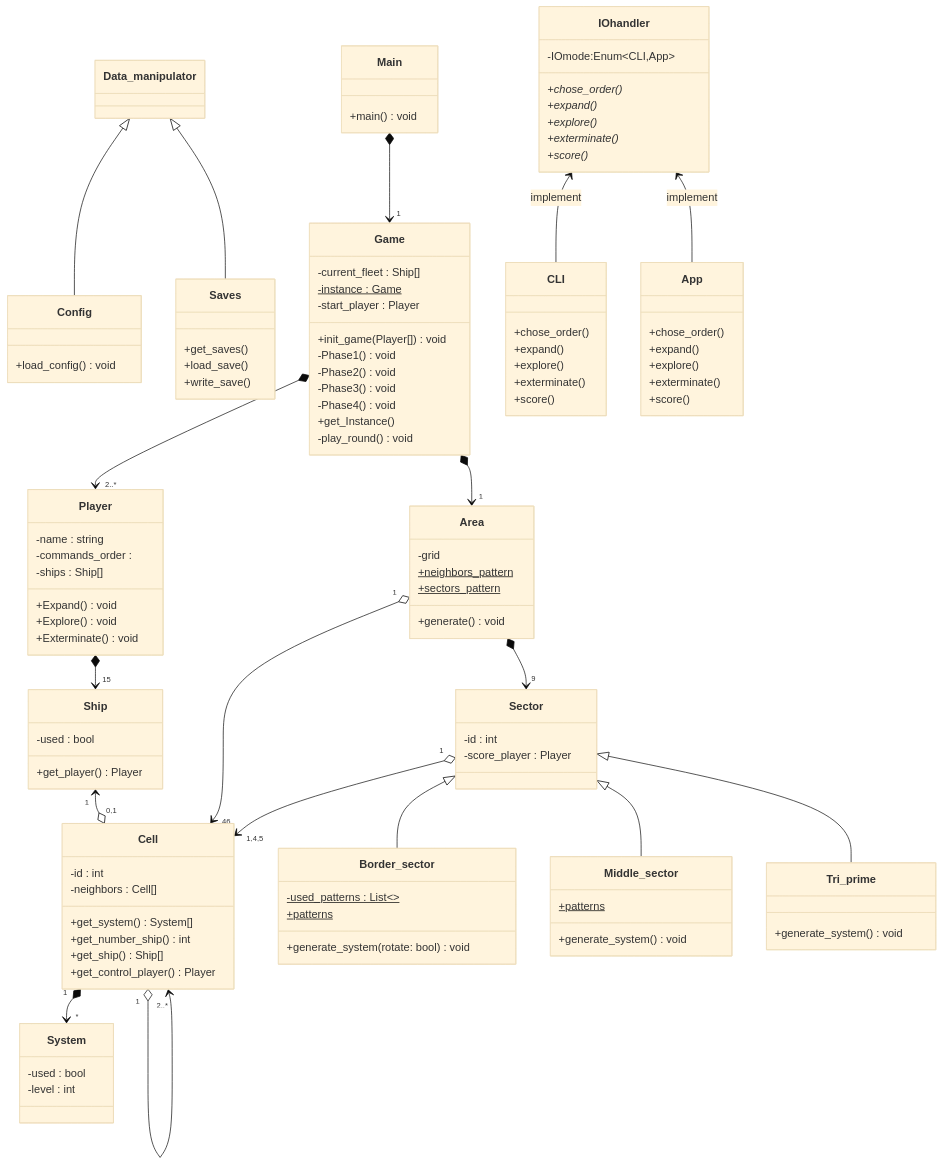
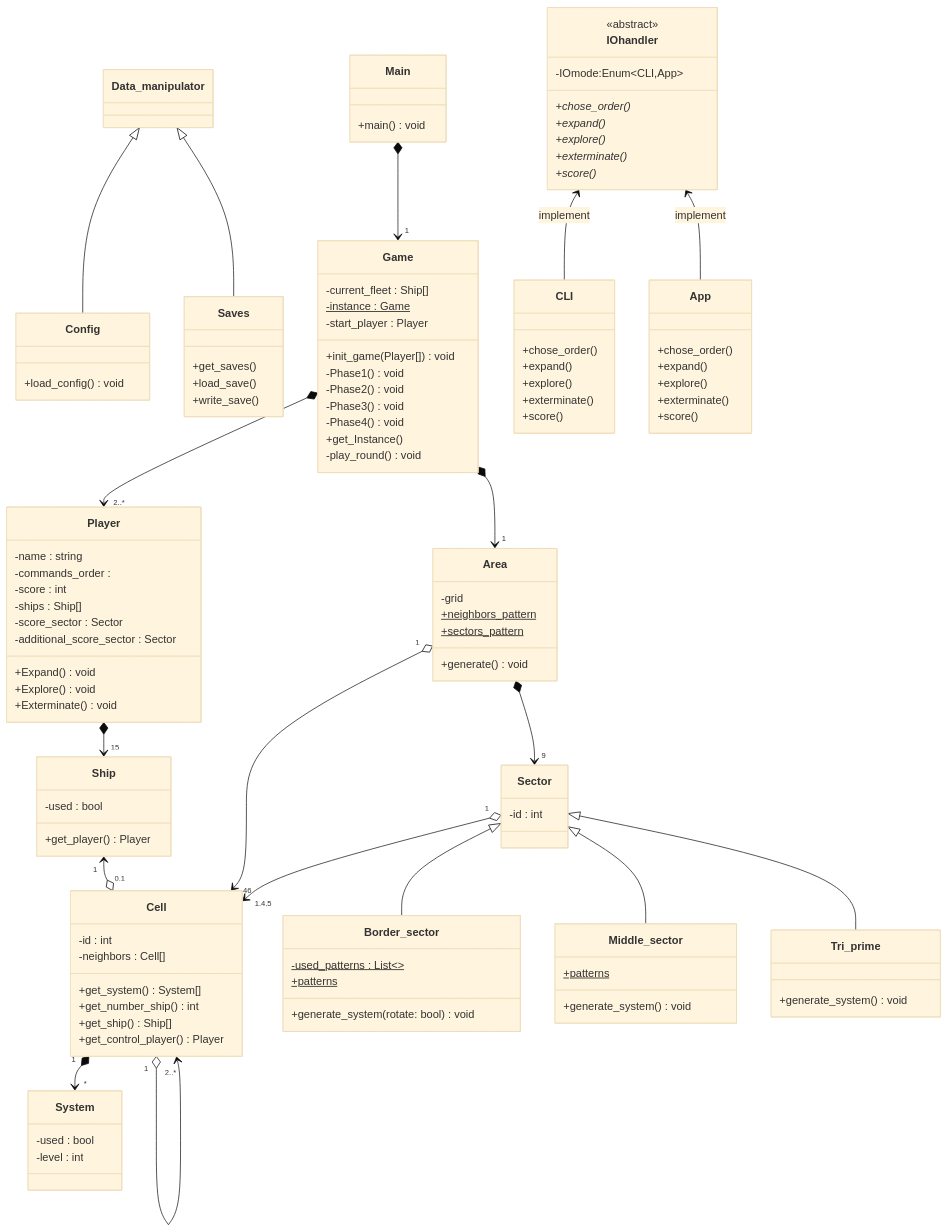
The diagram in UML/class.mermaid (LeoCholvy/PocketImperium), drawn with Mermaid (base theme) before and after one commit. The commit also changed 11 other files, not shown here.

Commit message:
quelques changement pour l'uml et première implémentation des classes. Ajout d'une config d'un mode debug

```diff
--- a/UML/class.mermaid
+++ b/UML/class.mermaid
@@ -1,117 +1,120 @@
 classDiagram
     class Main {
         +main() void
     }
     class Data_manipulator {
     }
     class Config {
         +load_config() void
     }
     class Saves {
         +get_saves()
         +load_save()
         +write_save()
     }
     Data_manipulator <|-- Config
     Data_manipulator <|-- Saves
 
     class Game {
         +init_game(Player[]) void
         -current_fleet : Ship[]
         -Phase1() void
         -Phase2() void
         -Phase3() void
         -Phase4() void
         %% phase 4 pour la phase de score
         +get_Instance()
         -instance : Game$
         -play_round() void
         -start_player : Player
     }
     class Player {
         -name : string
         -commands_order :
+        -score : int
         %% je sais pas quoi mettre en type
         -ships : Ship[]
+        -score_sector : Sector
+        -additional_score_sector : Sector
         +Expand() void
         +Explore() void
         +Exterminate() void
     }
     class Area {
         -grid
         +neighbors_pattern$
         +sectors_pattern$
         +generate() void
     }
     class Sector {
         -id : int
-        -score_player : Player
     }
     class Border_sector {
         -used_patterns : List~~$
         +patterns$
         +generate_system(rotate: bool) void
     }
     class Middle_sector {
         +patterns$
         +generate_system() void
         %% se rotate aléatoirement
     }
     class Tri_prime {
         +generate_system() void
     }
     class System {
         -used : bool
         -level : int
     }
     class Ship {
         -used : bool
         +get_player() Player
     }
     class Cell {
         -id : int
         -neighbors : Cell[]
         +get_system() System[]
         +get_number_ship() int
         +get_ship() Ship[]
         +get_control_player() Player
     }
 
     Game *--> "2..*" Player
     Game *--> "1" Area
     Main *--> "1" Game
     Area "1" o--> "46" Cell
     Sector "1" o--> "1,4,5" Cell
     Sector <|-- Border_sector
     Sector <|-- Middle_sector
     Sector <|-- Tri_prime
     Cell "1" *--> "*" System
     Player *--> "15" Ship
     Area *--> "9" Sector
     Ship "1" <--o "0,1" Cell
     Cell "1" o--> "2..*" Cell
 
     class IOhandler {
+        <<abstract>>
         -IOmode:Enum~CLI,App~
         +chose_order()*
         +expand()*
         +explore()*
         +exterminate()*
         +score()*
     }
     class CLI {
         +chose_order()
         +expand()
         +explore()
         +exterminate()
         +score()
     }
     class App {
         +chose_order()
         +expand()
         +explore()
         +exterminate()
         +score()
     }
     IOhandler <-- CLI : implement
     IOhandler <-- App : implement
```
